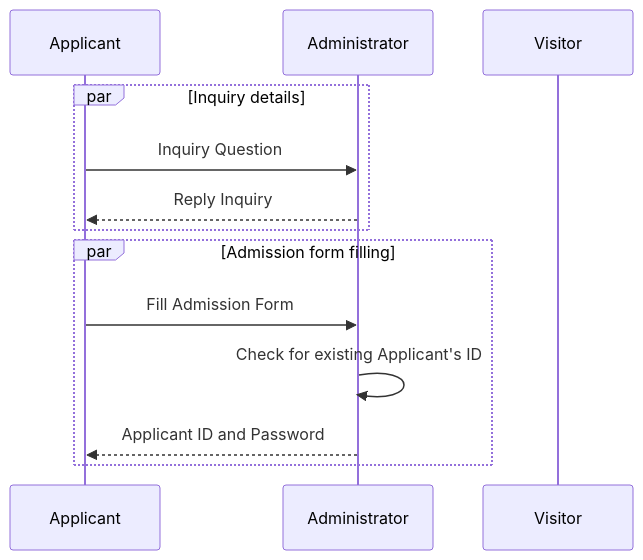
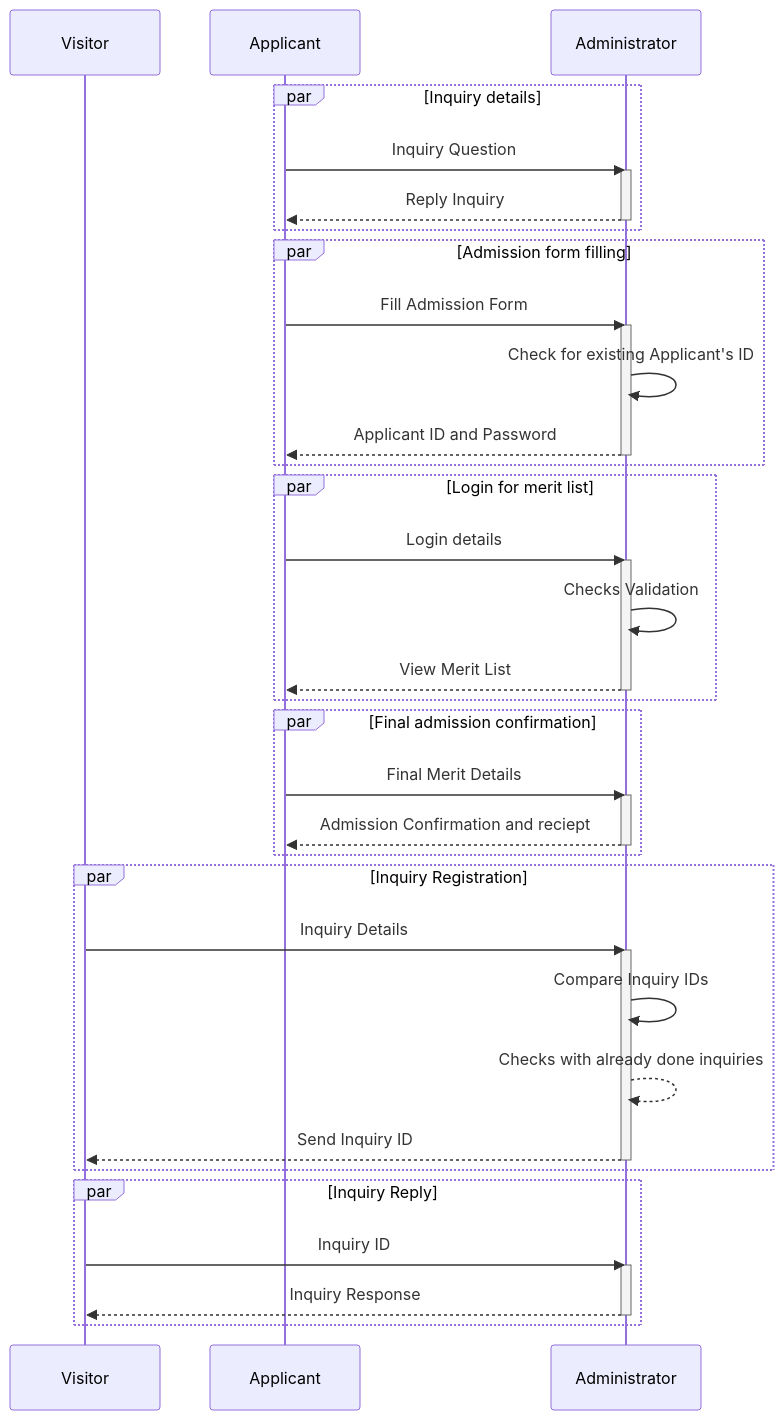
The diagram in src/SequenceDiagram.md (msaf9/university-admission-system), drawn with Mermaid before and after one commit.

Commit message:
Sequence diagram implemented

````diff
--- a/src/SequenceDiagram.md
+++ b/src/SequenceDiagram.md
@@ -1,17 +1,52 @@
 ```mermaid
 sequenceDiagram
+  participant Visitor
   participant Applicant
   participant Administrator
-  participant Visitor
   
   par Inquiry details
         Applicant->>Administrator: Inquiry Question
+        activate Administrator 
         Administrator -->>Applicant: Reply Inquiry
+        deactivate Administrator
   end
   
   par Admission form filling
         Applicant->>Administrator: Fill Admission Form
+        activate Administrator 
         Administrator->>Administrator: Check for existing Applicant's ID
         Administrator -->>Applicant: Applicant ID and Password
+        deactivate Administrator
+  end
+  
+  par Login for merit list
+        Applicant->>Administrator: Login details
+        activate Administrator
+        Administrator->>Administrator: Checks Validation
+        Administrator -->>Applicant: View Merit List
+        deactivate Administrator
+  end
+  
+  par Final admission confirmation
+        Applicant->>Administrator: Final Merit Details
+        activate Administrator
+        Administrator -->>Applicant: Admission Confirmation and reciept
+        deactivate Administrator
+  end
+  
+  par Inquiry Registration
+        Visitor->>Administrator: Inquiry Details
+        activate Administrator
+        Administrator->>Administrator: Compare Inquiry IDs
+        Administrator-->>Administrator: Checks with already done inquiries
+        Administrator -->>Visitor: Send Inquiry ID
+        deactivate Administrator
+  end
+  
+  par Inquiry Reply
+        Visitor->>Administrator: Inquiry ID
+        activate Administrator
+        Administrator -->>Visitor: Inquiry Response
+        deactivate Administrator
   end
 ```
````
